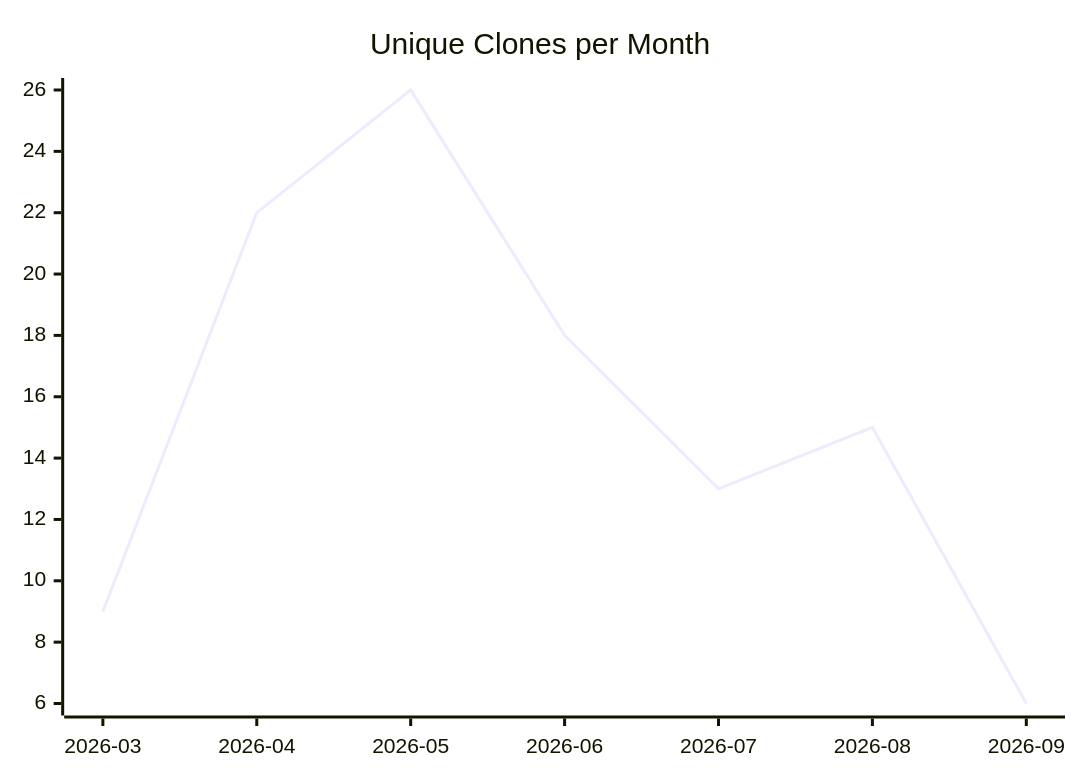
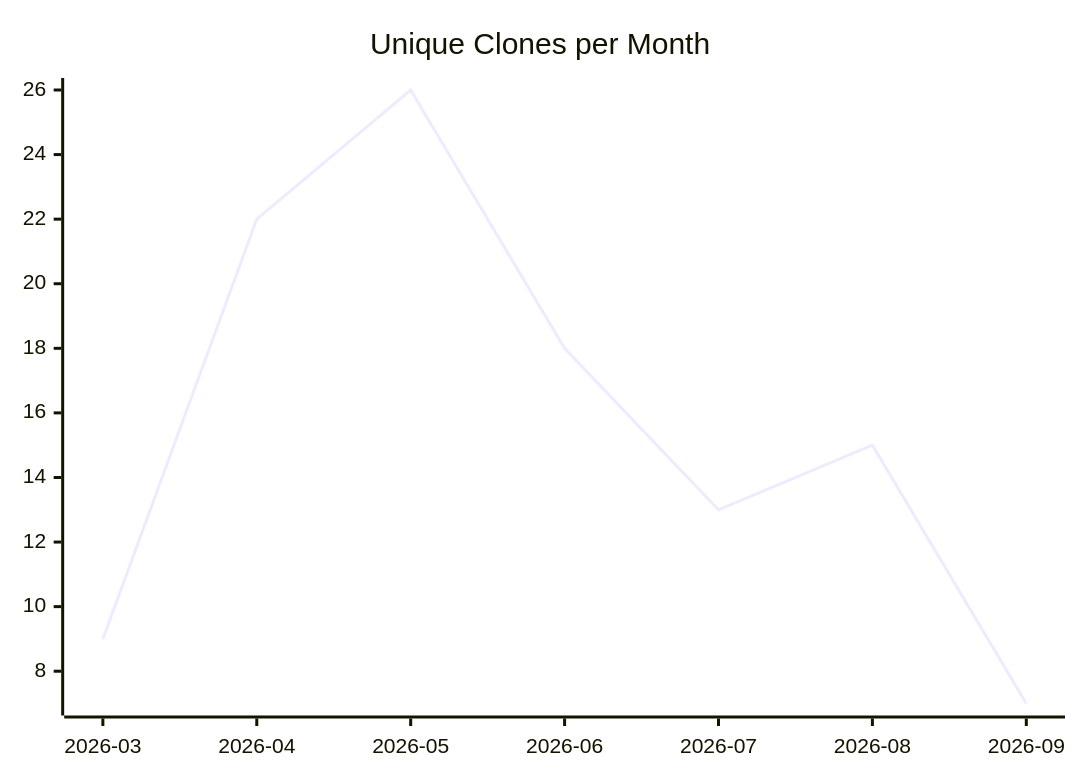
One commit to justdavis-family/github-analytics-data changed the third of 3 diagrams in karlmdavis/lego-ev3dev-rs/README.md. Above: the diagram before and after it, drawn with Mermaid. The commit also changed other lines of this file and 188 other files, not shown here.

````diff
--- a/karlmdavis/lego-ev3dev-rs/README.md
+++ b/karlmdavis/lego-ev3dev-rs/README.md
@@ -19,6 +19,6 @@
 ```mermaid
 xychart-beta
   title "Unique Clones per Month"
   x-axis ["2026-03", "2026-04", "2026-05", "2026-06", "2026-07", "2026-08", "2026-09"]
-  line [9, 22, 26, 18, 13, 15, 6]
+  line [9, 22, 26, 18, 13, 15, 7]
 ```
````
